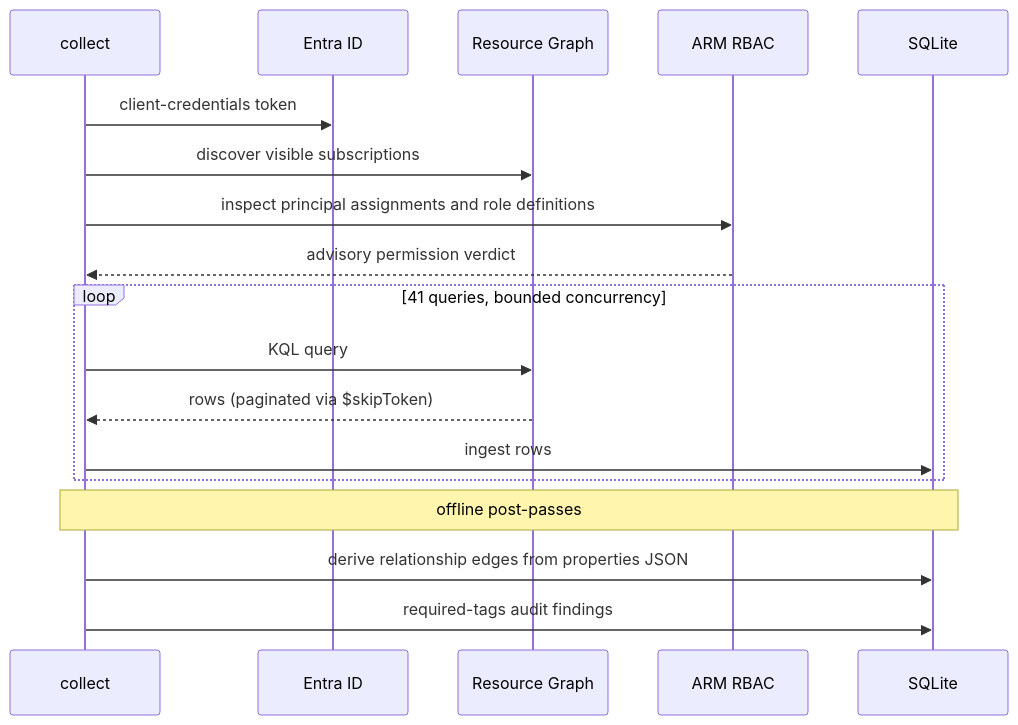
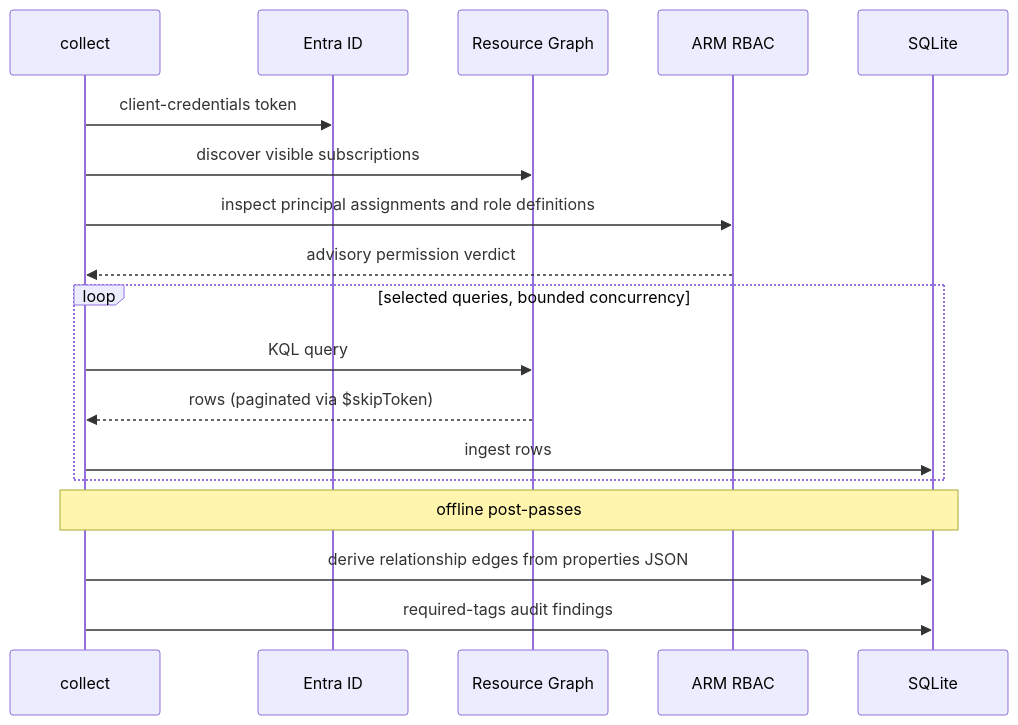
One commit to russmckendrick/azdocs changed the diagram in docs/usage/collecting.md. Above: the diagram before and after it, drawn with Mermaid. The commit also changed other lines of this file and 45 other files, not shown here.

````diff
--- a/docs/usage/collecting.md
+++ b/docs/usage/collecting.md
@@ -11,21 +11,21 @@
 ```mermaid
 sequenceDiagram
     participant C as collect
     participant E as Entra ID
     participant A as Resource Graph
     participant R as ARM RBAC
     participant S as SQLite
 
     C->>E: client-credentials token
     C->>A: discover visible subscriptions
     C->>R: inspect principal assignments and role definitions
     R-->>C: advisory permission verdict
-    loop 41 queries, bounded concurrency
+    loop selected queries, bounded concurrency
         C->>A: KQL query
         A-->>C: rows (paginated via $skipToken)
         C->>S: ingest rows
     end
     Note over C,S: offline post-passes
     C->>S: derive relationship edges from properties JSON
     C->>S: required-tags audit findings
 ```
````
